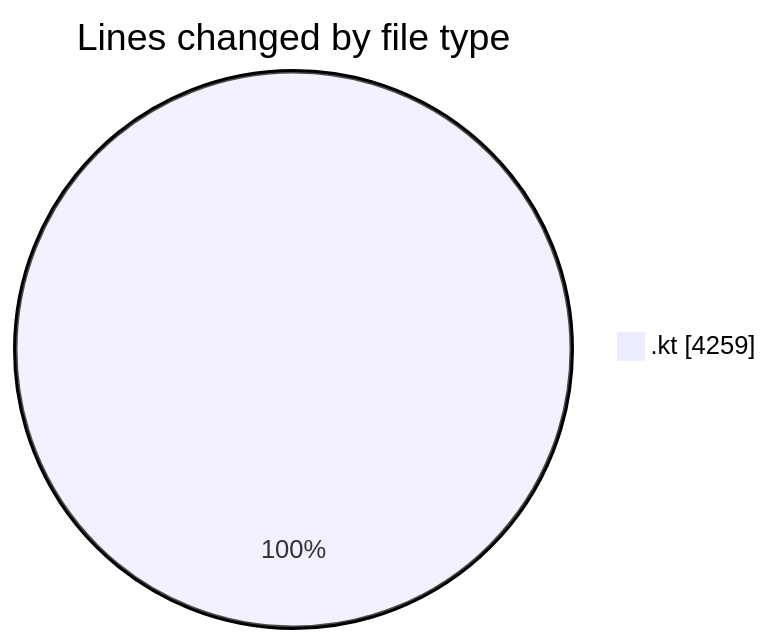
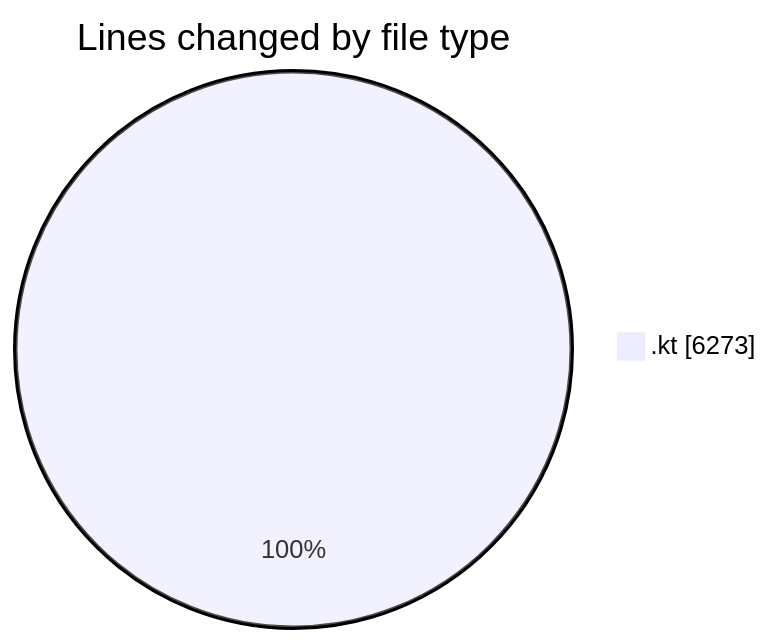
One commit to Unknowalive/code-tracking changed the first of 2 diagrams in 2026-04-08/t2s/README.md. Above: the diagram before and after it, drawn with Mermaid. The commit also changed other lines of this file and 1 other file, not shown here.

````diff
--- a/2026-04-08/t2s/README.md
+++ b/2026-04-08/t2s/README.md
@@ -30,5 +35,5 @@
 ```mermaid
 pie showData
 title Lines changed by file type
-".kt" : 4259
+".kt" : 6273
 ```
````
